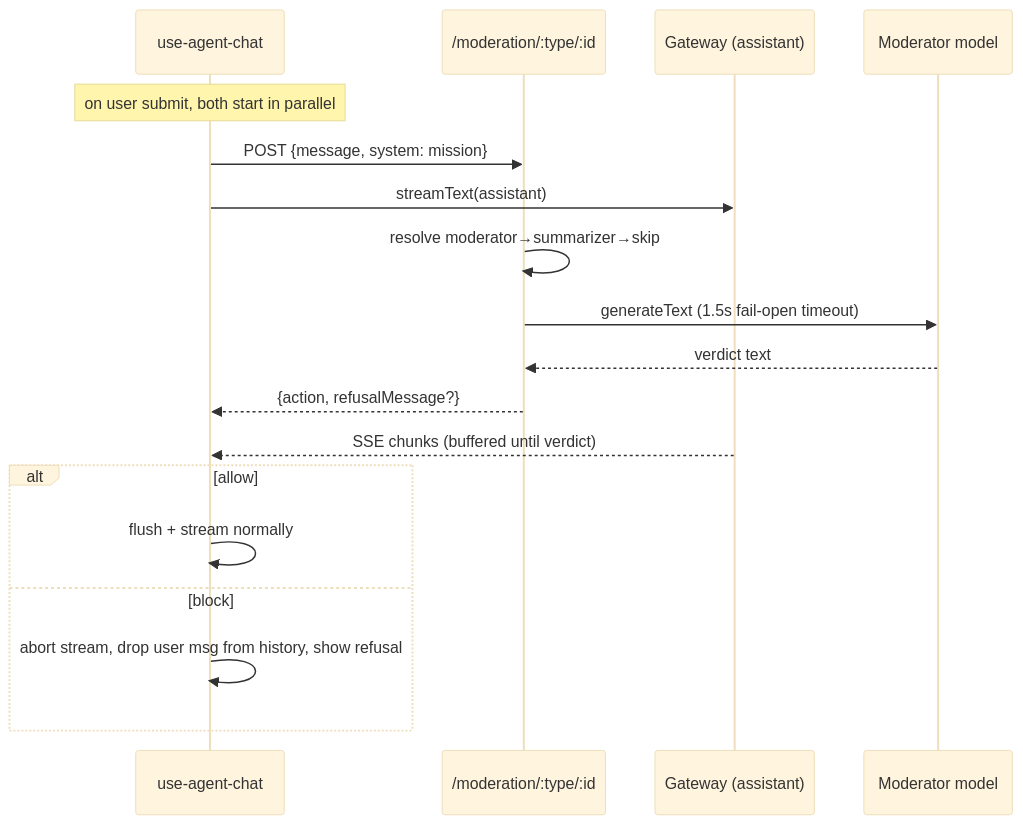
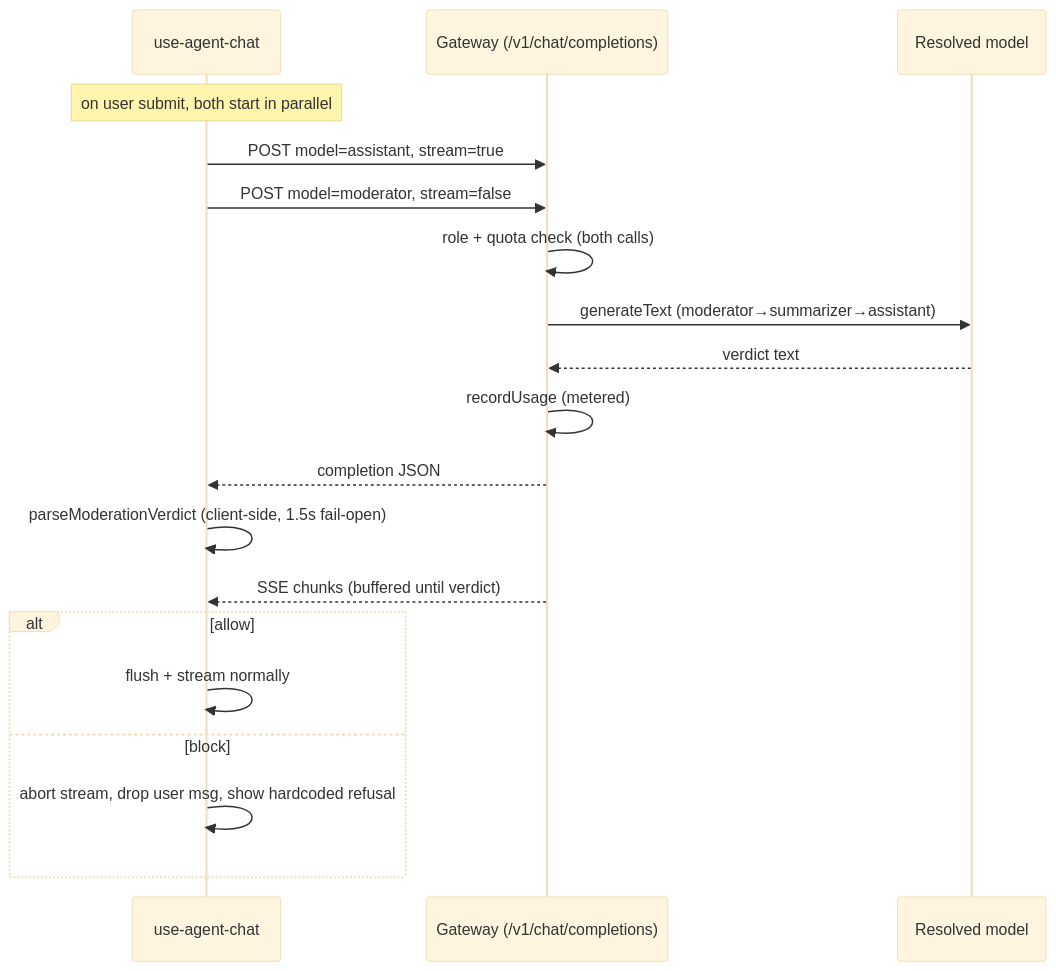
One commit to data-fair/agents changed the ninth of 9 diagrams in docs/architecture.md. Above: the diagram before and after it, drawn with Mermaid (base theme). The commit also changed other lines of this file, not shown here.

Commit message:
docs(moderation): document always-on gateway-based moderation

````diff
--- a/docs/architecture.md
+++ b/docs/architecture.md
@@ -307,21 +307,22 @@
 ```mermaid
 sequenceDiagram
   participant Chat as use-agent-chat
-  participant Mod as /moderation/:type/:id
-  participant GW as Gateway (assistant)
-  participant LLM as Moderator model
+  participant GW as Gateway (/v1/chat/completions)
+  participant LLM as Resolved model
 
   Note over Chat: on user submit, both start in parallel
-  Chat->>Mod: POST {message, system: mission}
-  Chat->>GW: streamText(assistant)
-  Mod->>Mod: resolve moderator→summarizer→skip
-  Mod->>LLM: generateText (1.5s fail-open timeout)
-  LLM-->>Mod: verdict text
-  Mod-->>Chat: {action, refusalMessage?}
+  Chat->>GW: POST model=assistant, stream=true
+  Chat->>GW: POST model=moderator, stream=false
+  GW->>GW: role + quota check (both calls)
+  GW->>LLM: generateText (moderator→summarizer→assistant)
+  LLM-->>GW: verdict text
+  GW->>GW: recordUsage (metered)
+  GW-->>Chat: completion JSON
+  Chat->>Chat: parseModerationVerdict (client-side, 1.5s fail-open)
   GW-->>Chat: SSE chunks (buffered until verdict)
   alt allow
     Chat->>Chat: flush + stream normally
   else block
-    Chat->>Chat: abort stream, drop user msg from history, show refusal
+    Chat->>Chat: abort stream, drop user msg, show hardcoded refusal
   end
 ```
````
